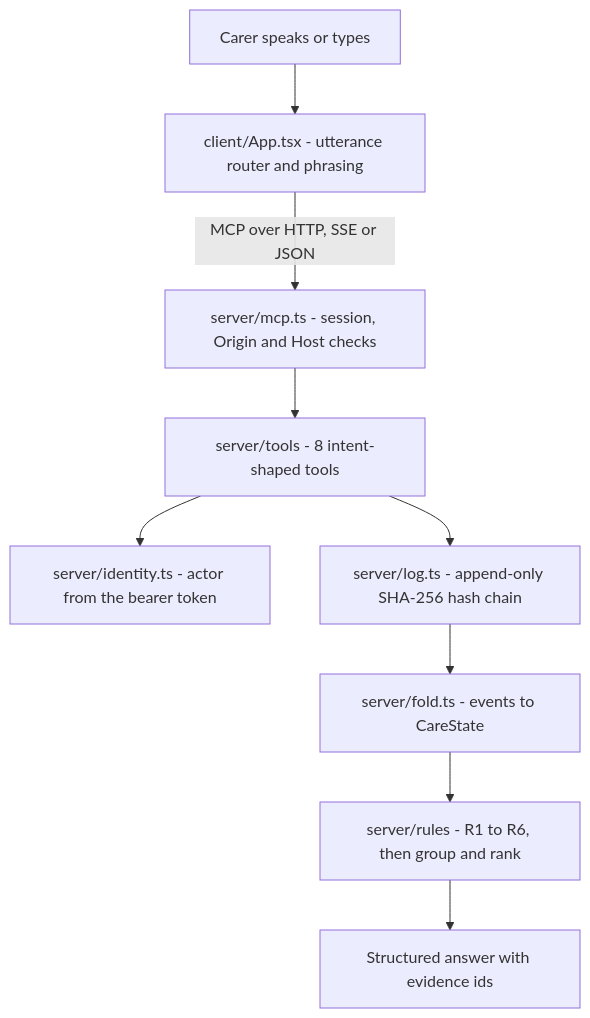
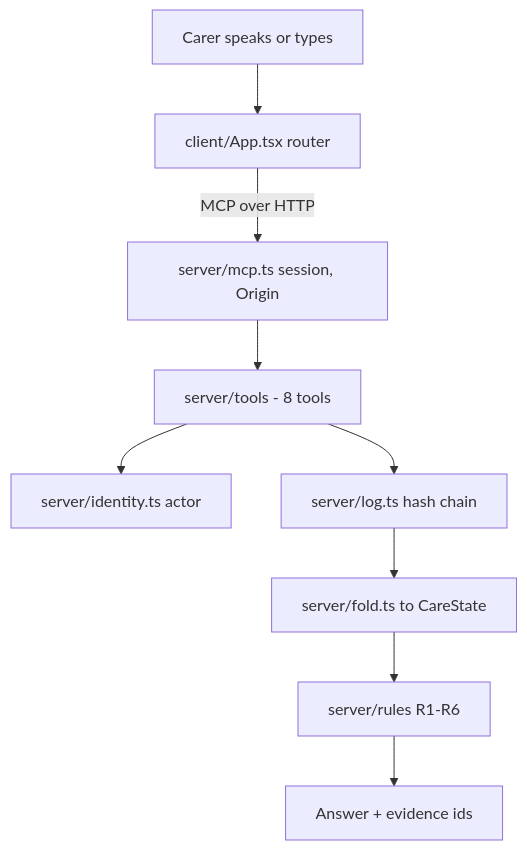
One commit to Divyanshu-kumar14/SecondLook changed the diagram in README.md. Above: the diagram before and after it, drawn with Mermaid. The commit also changed other lines of this file, not shown here.

````diff
--- a/README.md
+++ b/README.md
@@ -94,11 +94,11 @@
 ```mermaid
 flowchart TD
-  U["Carer speaks or types"] --> C["client/App.tsx - utterance router and phrasing"]
-  C -->|"MCP over HTTP, SSE or JSON"| M["server/mcp.ts - session, Origin and Host checks"]
-  M --> T["server/tools - 8 intent-shaped tools"]
-  T --> A["server/identity.ts - actor from the bearer token"]
-  T --> L["server/log.ts - append-only SHA-256 hash chain"]
-  L --> F["server/fold.ts - events to CareState"]
-  F --> R["server/rules - R1 to R6, then group and rank"]
-  R --> S["Structured answer with evidence ids"]
+  U["Carer speaks or types"] --> C["client/App.tsx router"]
+  C -->|"MCP over HTTP"| M["server/mcp.ts session, Origin"]
+  M --> T["server/tools - 8 tools"]
+  T --> A["server/identity.ts actor"]
+  T --> L["server/log.ts hash chain"]
+  L --> F["server/fold.ts to CareState"]
+  F --> R["server/rules R1-R6"]
+  R --> S["Answer + evidence ids"]
 ```
````
